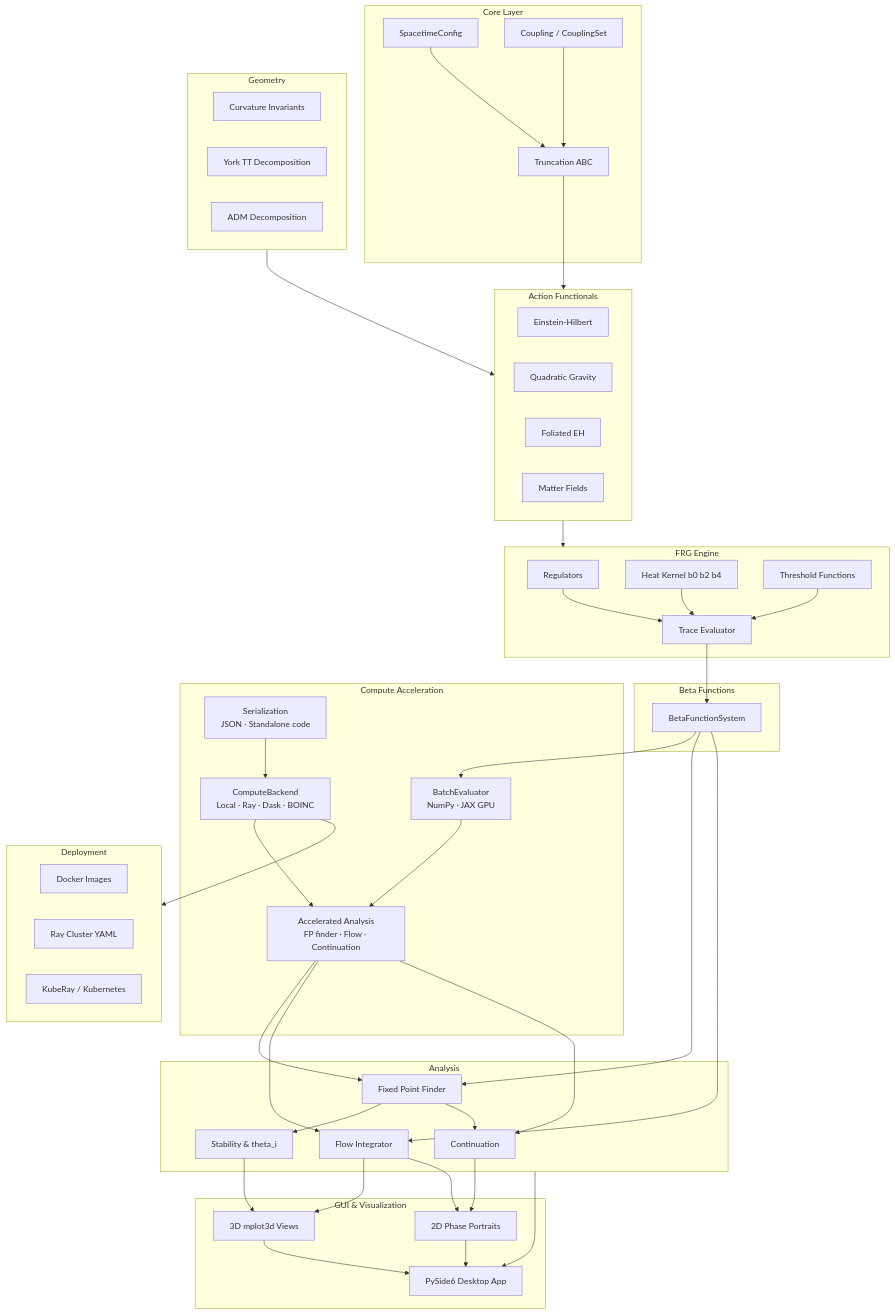
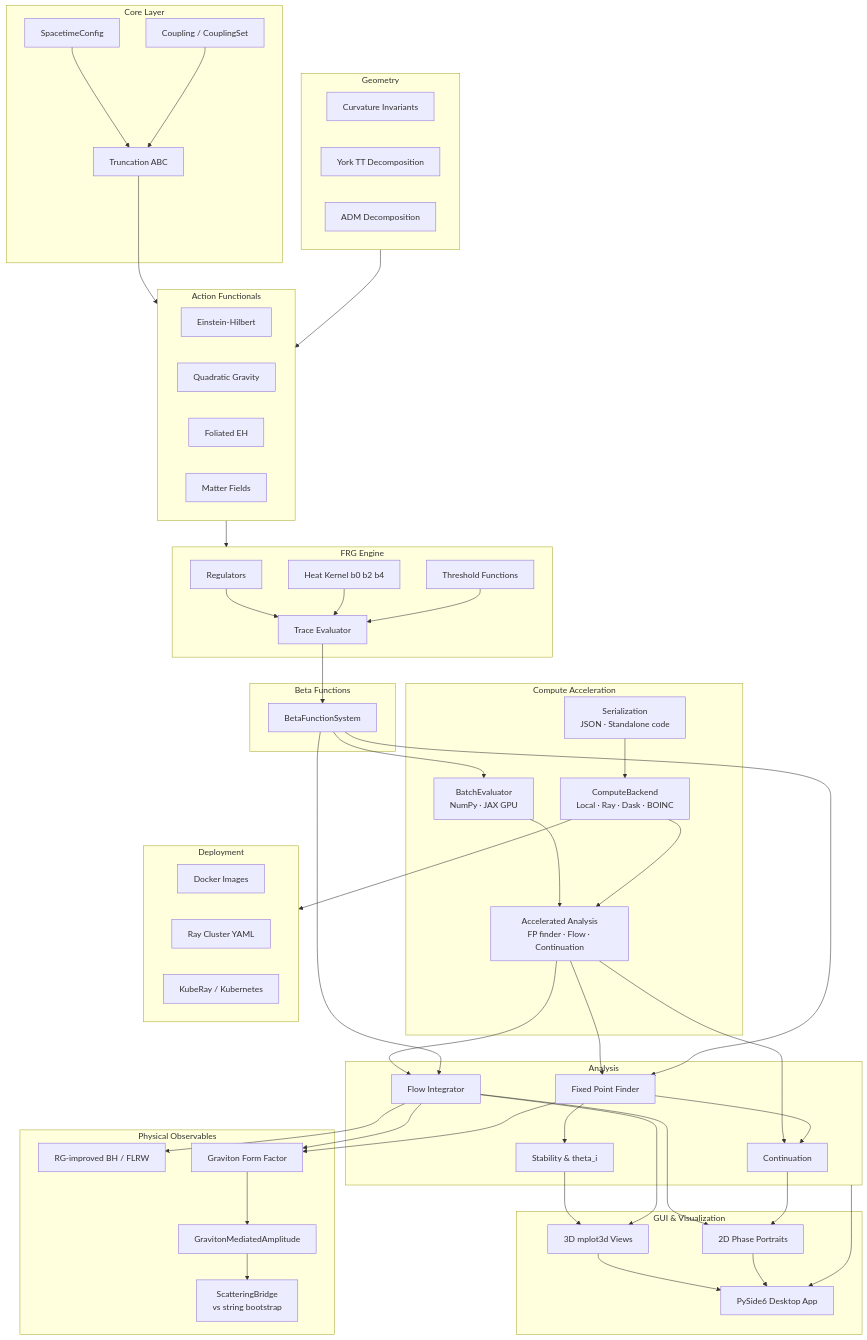
One commit to sonoransun/exasymptoticsafety changed the third of 6 diagrams in README.md. Above: the diagram before and after it, drawn with Mermaid. The commit also changed other lines of this file and 23 other files, not shown here.

````diff
--- a/README.md
+++ b/README.md
@@ -153,6 +201,13 @@
         K8S[KubeRay / Kubernetes]
     end
 
+    subgraph Observables["Physical Observables"]
+        COSMO[RG-improved BH / FLRW]
+        FF[Graviton Form Factor]
+        AMP[GravitonMediatedAmplitude]
+        SBRIDGE[ScatteringBridge\nvs string bootstrap]
+    end
+
     TRUNC --> Actions
     Geometry --> Actions
     Actions --> FRG
@@ -179,4 +234,9 @@
     V2D --> APP
     SERIAL --> BACKENDS
     BACKENDS --> Deploy
+    FLOW --> COSMO
+    FLOW --> FF
+    FP --> FF
+    FF --> AMP
+    AMP --> SBRIDGE
 ```
````
